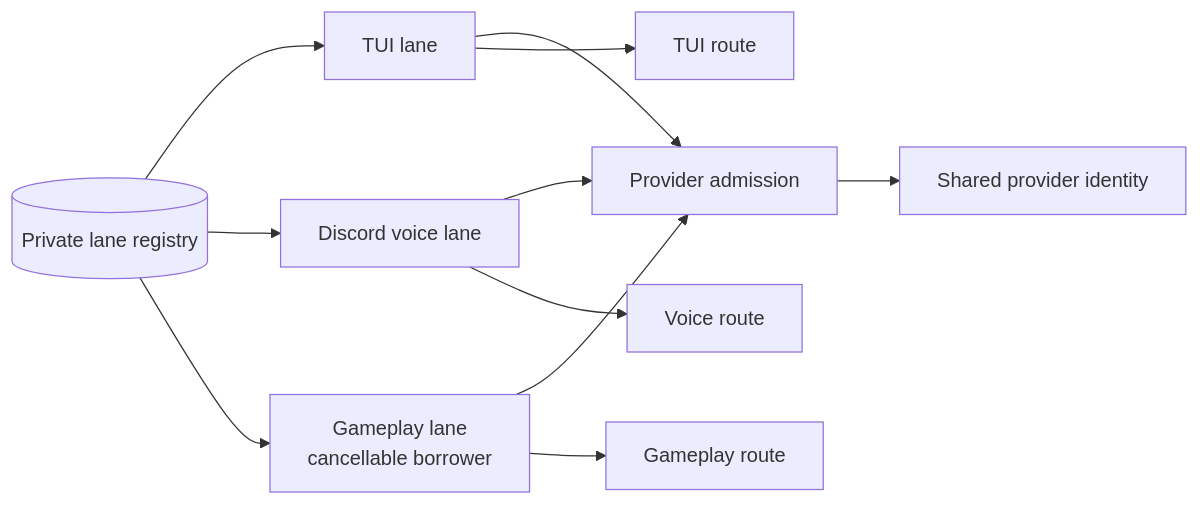
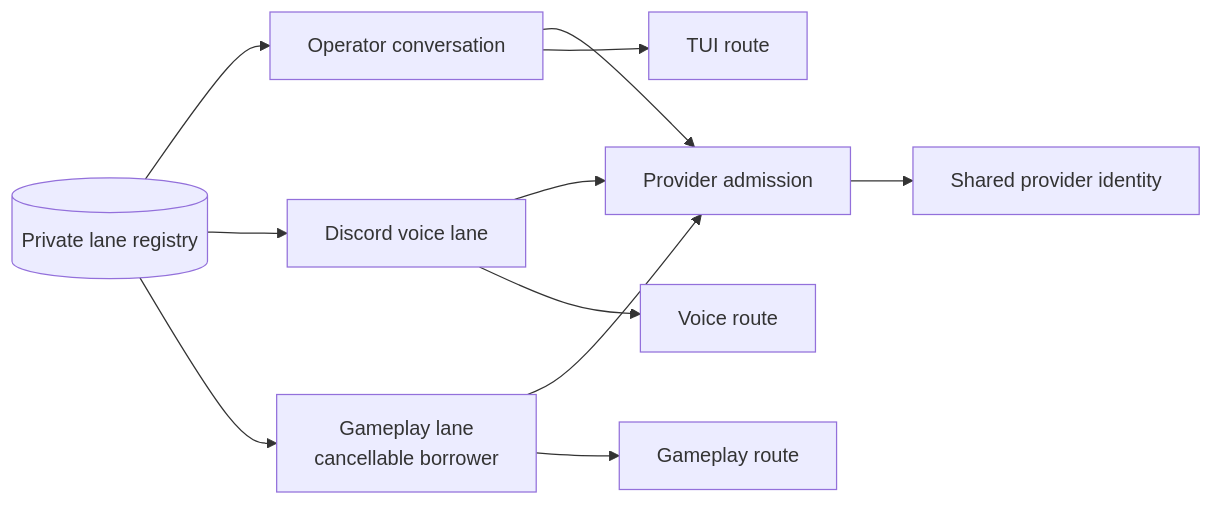
The diagram in packages/captain-runtime/README.md (Volpestyle/clankie), drawn with Mermaid before and after one commit. The commit also changed other lines of this file and 25 other files, not shown here.

````diff
--- a/packages/captain-runtime/README.md
+++ b/packages/captain-runtime/README.md
@@ -7,13 +8,13 @@
 ```mermaid
 flowchart LR
-  T[TUI lane] --> A[Provider admission]
+  T[Operator conversation] --> A[Provider admission]
   V[Discord voice lane] --> A
   G[Gameplay lane<br/>cancellable borrower] --> A
   R[(Private lane registry)] --> T
   R --> V
   R --> G
   A --> P[Shared provider identity]
   T --> RT[TUI route]
   V --> RV[Voice route]
   G --> RG[Gameplay route]
 ```
````
